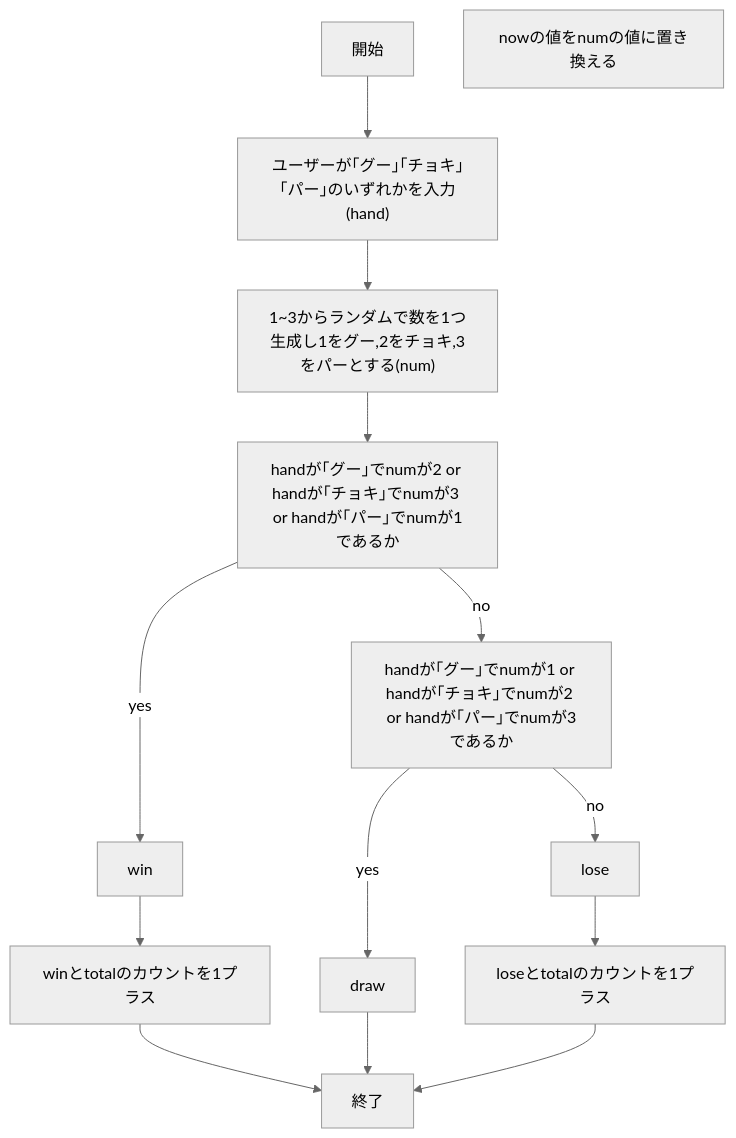
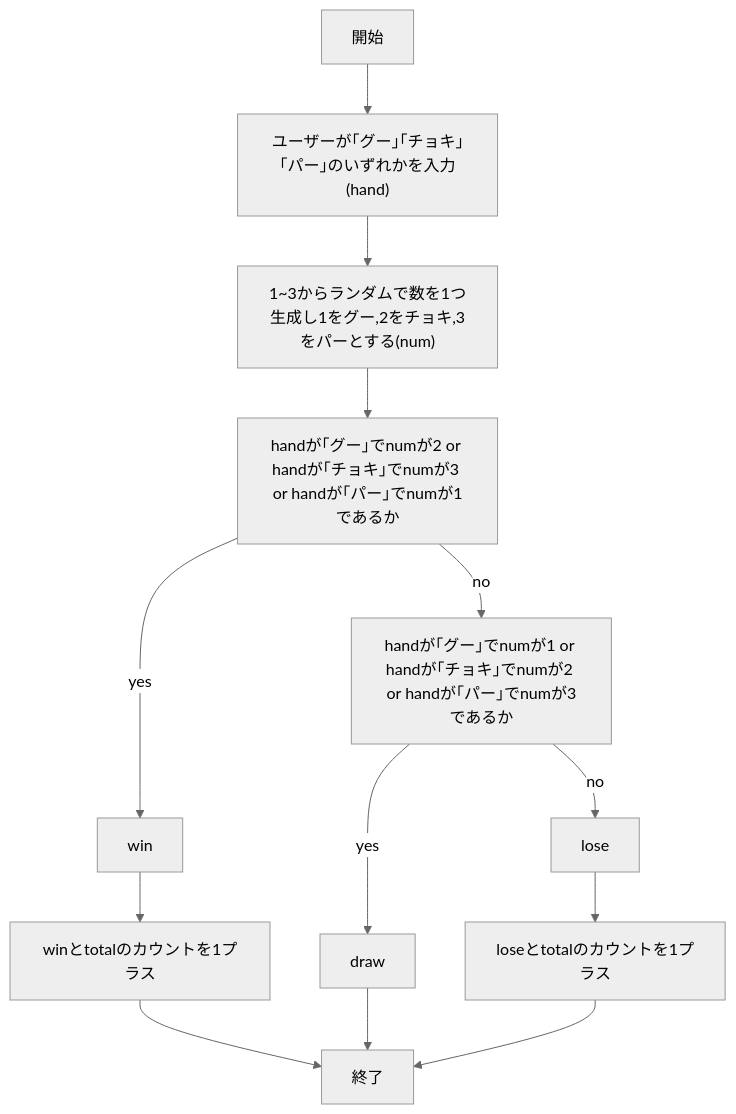
Before and after one commit to tosi770/webpro_06: the first of 3 diagrams in README.md, drawn with Mermaid (neutral theme). The commit also changed 1 other file, not shown here.

Commit message:
再提出

````diff
--- a/README.md
+++ b/README.md
@@ -38,29 +38,28 @@
 ```mermaid
 flowchart TD
 
 start["開始"]
 end1["終了"]
-num["nowの値をnumの値に置き換える"]
 in1["ユーザーが｢グー｣｢チョキ｣｢パー｣のいずれかを入力(hand)"]
 in2["1~3からランダムで数を1つ生成し1をグー,2をチョキ,3をパーとする(num)"]
 if1["handが｢グー｣でnumが2 or handが｢チョキ｣でnumが3 or handが｢パー｣でnumが1であるか"]
 if2["handが｢グー｣でnumが1 or handが｢チョキ｣でnumが2 or handが｢パー｣でnumが3であるか"]
 win["win"]
 win++["winとtotalのカウントを1プラス"]
 draw["draw"]
 lose["lose"]
 lose++["loseとtotalのカウントを1プラス"]
 
 start --> in1
 in1 --> in2
 in2 --> if1
 if1 -->|yes| win
 win --> win++
 win++ --> end1
 if1 -->|no| if2
 if2 --> |yes| draw
 if2 --> |no| lose
 draw --> end1
 lose --> lose++
 lose++ --> end1
 ```
````
